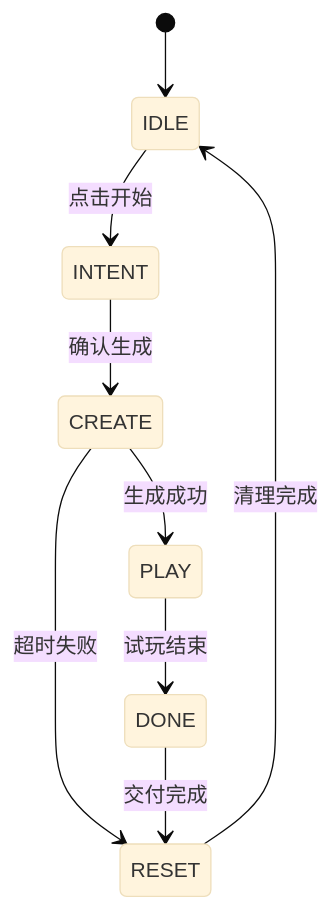
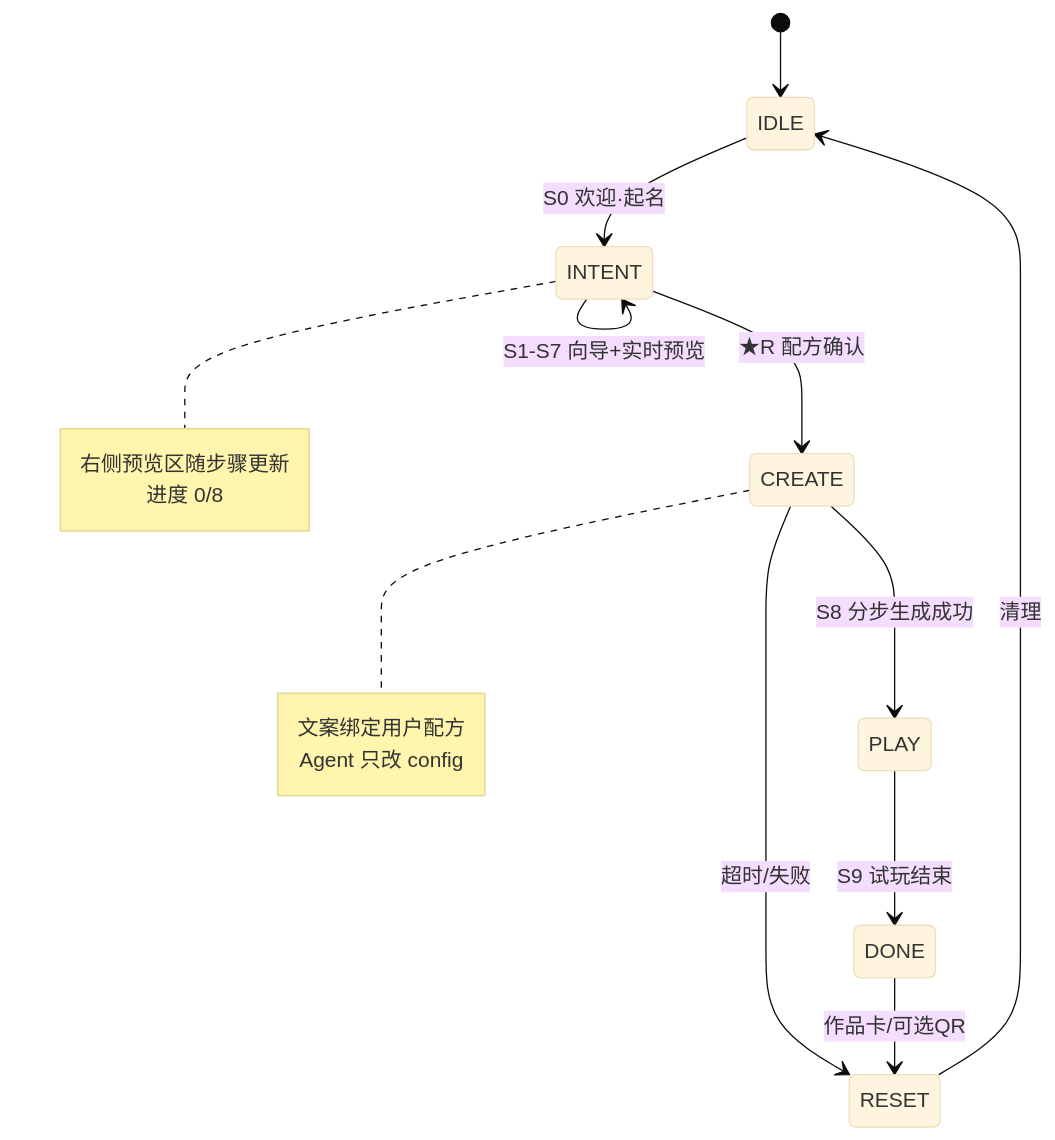
The diagram in 开发文档/架构/静态图/business-flow.mmd (DomenRaven/Wensan-Road-Ai-city-Game), drawn with Mermaid (base theme) before and after one commit. The commit also changed 20228 other files, not shown here.

```diff
--- a/开发文档/架构/静态图/business-flow.mmd
+++ b/开发文档/架构/静态图/business-flow.mmd
@@ -1,9 +1,20 @@
 stateDiagram-v2
     [*] --> IDLE
-    IDLE --> INTENT: 点击开始
-    INTENT --> CREATE: 确认生成
-    CREATE --> PLAY: 生成成功
-    CREATE --> RESET: 超时失败
-    PLAY --> DONE: 试玩结束
-    DONE --> RESET: 交付完成
-    RESET --> IDLE: 清理完成
+    IDLE --> INTENT: S0 欢迎·起名
+    INTENT --> INTENT: S1-S7 向导+实时预览
+    INTENT --> CREATE: ★R 配方确认
+    CREATE --> PLAY: S8 分步生成成功
+    CREATE --> RESET: 超时/失败
+    PLAY --> DONE: S9 试玩结束
+    DONE --> RESET: 作品卡/可选QR
+    RESET --> IDLE: 清理
+
+    note right of INTENT
+        右侧预览区随步骤更新
+        进度 0/8
+    end note
+
+    note right of CREATE
+        文案绑定用户配方
+        Agent 只改 config
+    end note
```
